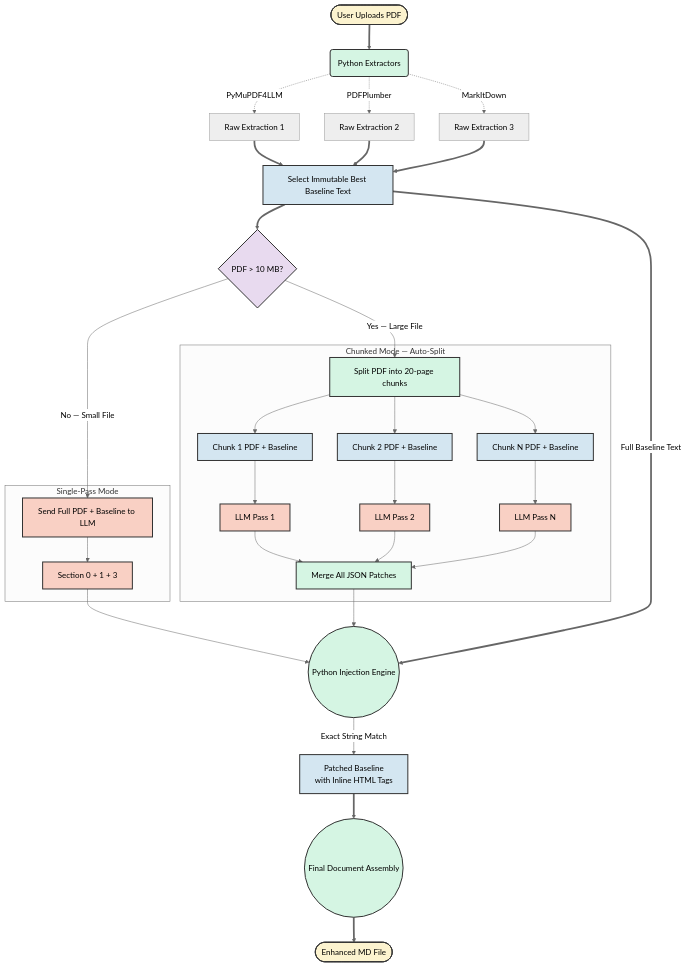
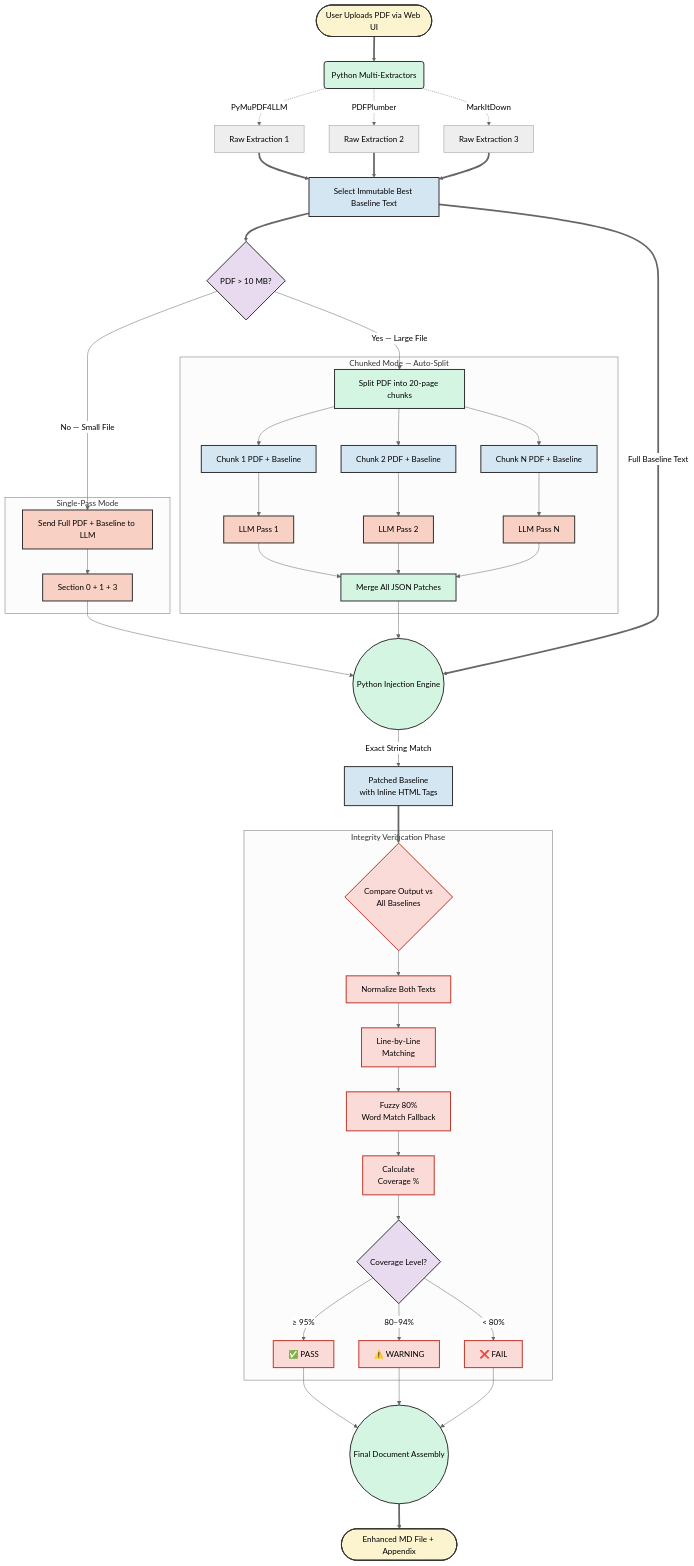
One commit to 94562352QuebecInc/MD-convert changed the first of 3 diagrams in APPDESIGN.md. Above: the diagram before and after it, drawn with Mermaid (neutral theme). The commit also changed other lines of this file, not shown here.

````diff
--- a/APPDESIGN.md
+++ b/APPDESIGN.md
@@ -9,54 +22,70 @@
 ```mermaid
 graph TD
-    A([User Uploads PDF]) ==> B(Python Extractors)
+    A([User Uploads PDF via Web UI]) ==> B(Python Multi-Extractors)
     B -.->|PyMuPDF4LLM| C1[Raw Extraction 1]
     B -.->|PDFPlumber| C2[Raw Extraction 2]
     B -.->|MarkItDown| C3[Raw Extraction 3]
     
     C1 & C2 & C3 ==> D[Select Immutable Best Baseline Text]
     
     D ==> SIZE{PDF > 10 MB?}
     
     SIZE -->|No — Small File| SINGLE_SYNTH
     SIZE -->|Yes — Large File| SPLIT
 
     subgraph SINGLE["Single-Pass Mode"]
         SINGLE_SYNTH[Send Full PDF + Baseline to LLM]
         SINGLE_SYNTH --> S0_single[Section 0 + 1 + 3]
     end
     
     subgraph CHUNKED["Chunked Mode — Auto-Split"]
         SPLIT[Split PDF into 20-page chunks] --> CHUNK1[Chunk 1 PDF + Baseline]
         SPLIT --> CHUNK2[Chunk 2 PDF + Baseline]
         SPLIT --> CHUNKN[Chunk N PDF + Baseline]
         CHUNK1 --> LLM1[LLM Pass 1]
         CHUNK2 --> LLM2[LLM Pass 2]
         CHUNKN --> LLMN[LLM Pass N]
         LLM1 --> MERGE_PATCHES
         LLM2 --> MERGE_PATCHES
         LLMN --> MERGE_PATCHES[Merge All JSON Patches]
     end
 
     S0_single --> INJECT
     MERGE_PATCHES --> INJECT
 
     INJECT((Python Injection Engine))
     D ==>|Full Baseline Text| INJECT
     
     INJECT -->|Exact String Match| J[Patched Baseline<br>with Inline HTML Tags]
     
-    J ==> K((Final Document Assembly))
-    K ==> L([Enhanced MD File])
+    J ==> VERIFY
+    
+    subgraph INTEGRITY["Integrity Verification Phase"]
+        VERIFY{Compare Output vs<br>All Baselines}
+        VERIFY --> NORM[Normalize Both Texts]
+        NORM --> LINE_MATCH[Line-by-Line<br>Matching]
+        LINE_MATCH --> FUZZY[Fuzzy 80%<br>Word Match Fallback]
+        FUZZY --> COVERAGE[Calculate<br>Coverage %]
+        COVERAGE --> VERDICT{Coverage Level?}
+        VERDICT -->|≥ 95%| PASS[✅ PASS]
+        VERDICT -->|80–94%| WARN[⚠️ WARNING]
+        VERDICT -->|< 80%| FAIL[❌ FAIL]
+    end
+
+    PASS & WARN & FAIL --> K((Final Document Assembly))
+    K ==> L([Enhanced MD File + Appendix])
     
     classDef llm fill:#f9d0c4,stroke:#333,stroke-width:2px;
     classDef data fill:#d4e6f1,stroke:#333,stroke-width:2px;
     classDef engine fill:#d5f5e3,stroke:#333,stroke-width:2px;
     classDef startend fill:#fcf3cf,stroke:#333,stroke-width:2px;
     classDef decision fill:#e8daef,stroke:#333,stroke-width:2px;
+    classDef verify fill:#fadbd8,stroke:#c0392b,stroke-width:2px;
     
     class SINGLE_SYNTH,S0_single,LLM1,LLM2,LLMN llm;
     class D,J,CHUNK1,CHUNK2,CHUNKN data;
     class B,INJECT,K,SPLIT,MERGE_PATCHES engine;
     class A,L startend;
-    class SIZE decision;
+    class SIZE,VERDICT decision;
+    class VERIFY,NORM,LINE_MATCH,FUZZY,COVERAGE,PASS,WARN,FAIL verify;
 ```
````
